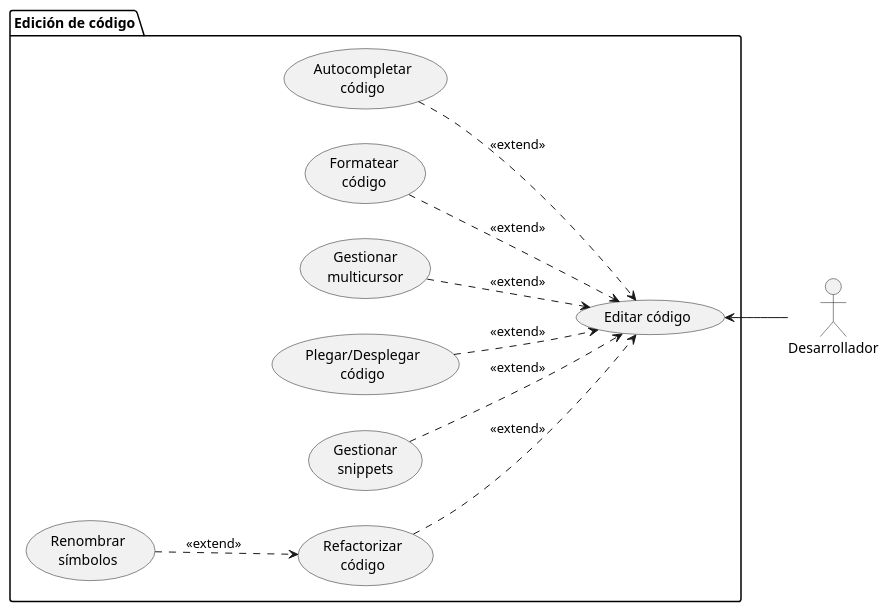
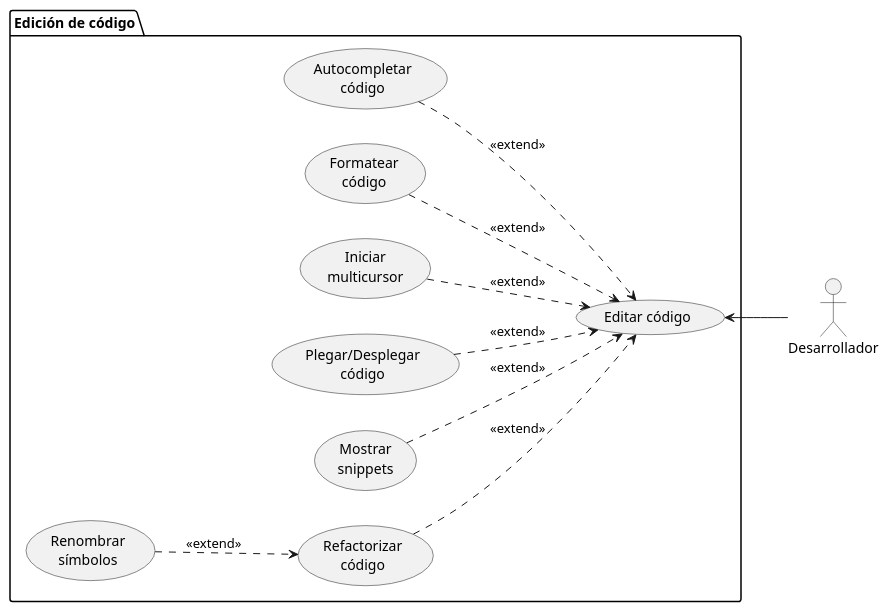
One commit to mmasias/mmasias changed the diagram in UNEATLANTICO/idsw1/vscode/ddr-AyCdU-vE-01.puml. Above: the diagram before and after it, drawn with PlantUML. The commit also changed 11 other files, not shown here.

```diff
--- a/UNEATLANTICO/idsw1/vscode/ddr-AyCdU-vE-01.puml
+++ b/UNEATLANTICO/idsw1/vscode/ddr-AyCdU-vE-01.puml
@@ -1,22 +1,22 @@
 left to right direction
 actor "Desarrollador" as DEV
 
 package "Edición de código" {
     usecase "Editar código" as EC1
     usecase "Autocompletar\ncódigo" as EC2
     usecase "Refactorizar\ncódigo" as EC3
     usecase "Formatear\ncódigo" as EC4
-    usecase "Gestionar\nmulticursor" as EC5
+    usecase "Iniciar\nmulticursor" as EC5
     usecase "Plegar/Desplegar\ncódigo" as EC6
-    usecase "Gestionar\nsnippets" as EC7
+    usecase "Mostrar\nsnippets" as EC7
     usecase "Renombrar\nsímbolos" as EC8
     
     EC2 ..> EC1 : <<extend>>
     EC3 ..> EC1 : <<extend>>
     EC4 ..> EC1 : <<extend>>
     EC5 ..> EC1 : <<extend>>
     EC6 ..> EC1 : <<extend>>
     EC7 ..> EC1 : <<extend>>
     EC8 ..> EC3 : <<extend>>
 }
 DEV -u-> EC1
```
